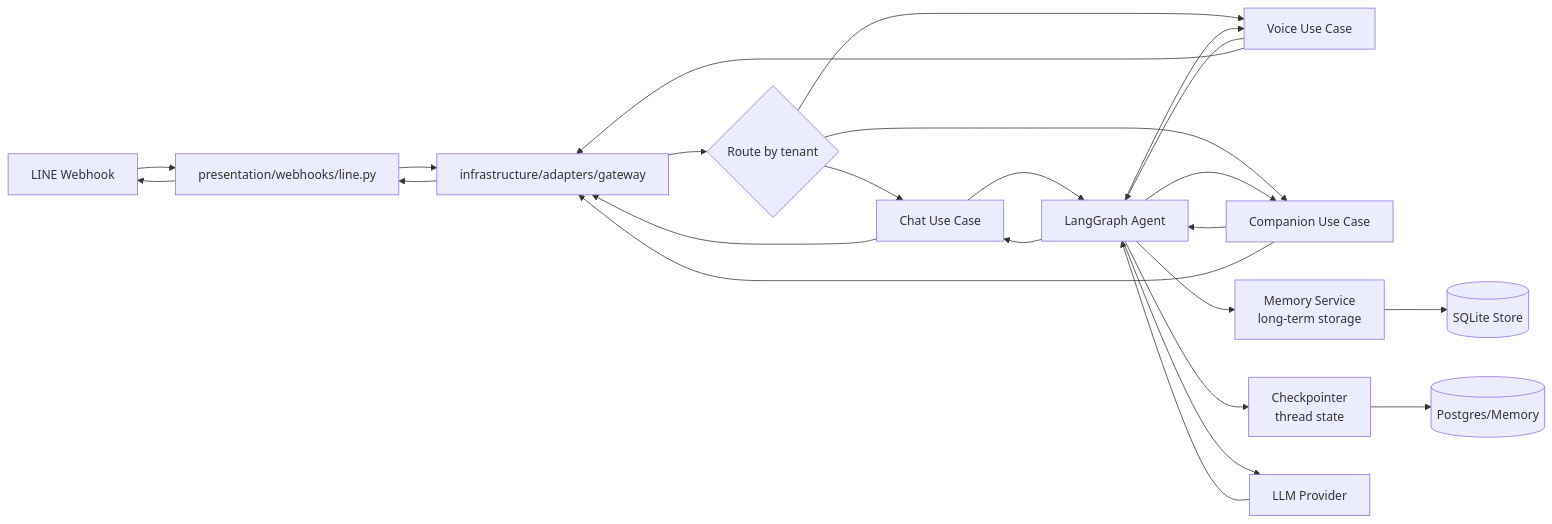
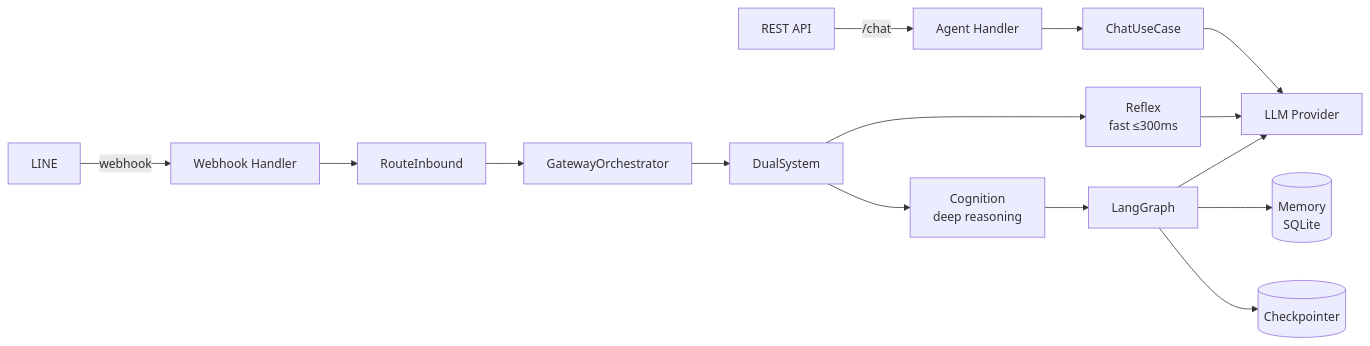
One commit to Jakkapat-Chongsuwat/homunculy changed the first of 2 diagrams in homunculy/README.md. Above: the diagram before and after it, drawn with Mermaid. The commit also changed other lines of this file and 35 other files, not shown here.

Commit message:
refactor(memory): homunculy: optimize and fix sqlite perf

````diff
--- a/homunculy/README.md
+++ b/homunculy/README.md
@@ -7,31 +7,23 @@
 ```mermaid
 graph LR
-    A[LINE Webhook] --> B[presentation/webhooks/line.py]
-    B --> C[infrastructure/adapters/gateway]
-    C --> D{Route by tenant}
-    
-    D --> E1[Chat Use Case]
-    D --> E2[Voice Use Case]
-    D --> E3[Companion Use Case]
-    
-    E1 --> F[LangGraph Agent]
-    E2 --> F
-    E3 --> F
-    
-    F --> G1[Memory Service<br/>long-term storage]
-    F --> G2[Checkpointer<br/>thread state]
-    
-    G1 --> H1[(SQLite Store)]
-    G2 --> H2[(Postgres/Memory)]
-    
-    F --> I[LLM Provider]
-    I --> F
-    F --> E1
-    F --> E2
-    F --> E3
-    E1 --> C
-    E2 --> C
-    E3 --> C
-    C --> B
-    B --> A
+    LINE[LINE] -->|webhook| WH[Webhook Handler]
+    API[REST API] -->|/chat| AH[Agent Handler]
+
+    WH --> RI[RouteInbound]
+    AH --> CU[ChatUseCase]
+
+    RI --> GW[GatewayOrchestrator]
+    CU --> LLM
+
+    GW --> DS[DualSystem]
+
+    DS --> R[Reflex<br/>fast ≤300ms]
+    DS --> C[Cognition<br/>deep reasoning]
+
+    R --> LLM[LLM Provider]
+    C --> LG[LangGraph]
+    LG --> LLM
+
+    LG --> MEM[(Memory<br/>SQLite)]
+    LG --> CP[(Checkpointer)]
 ```
````
